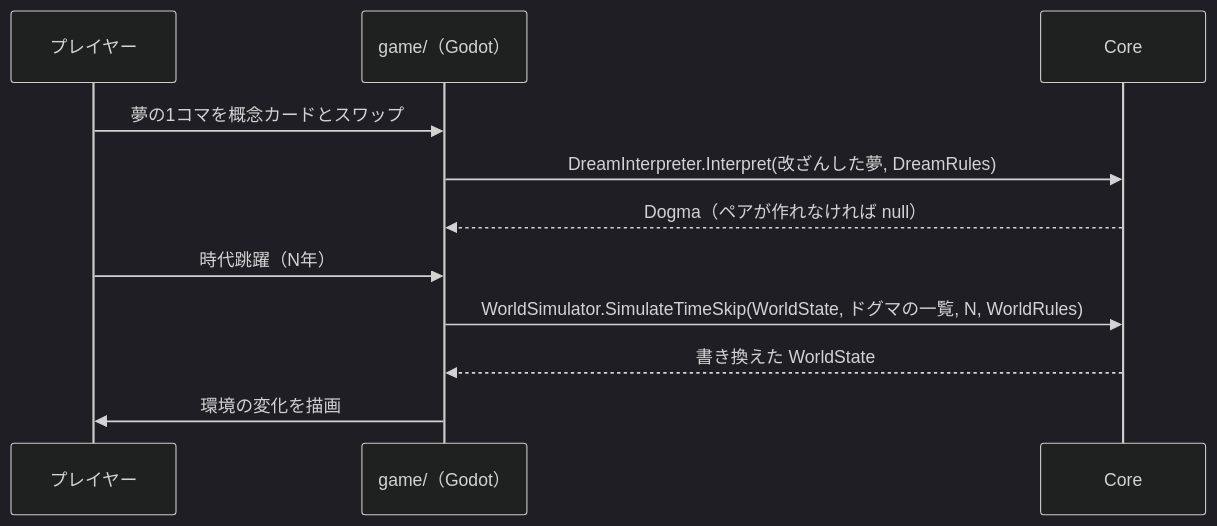
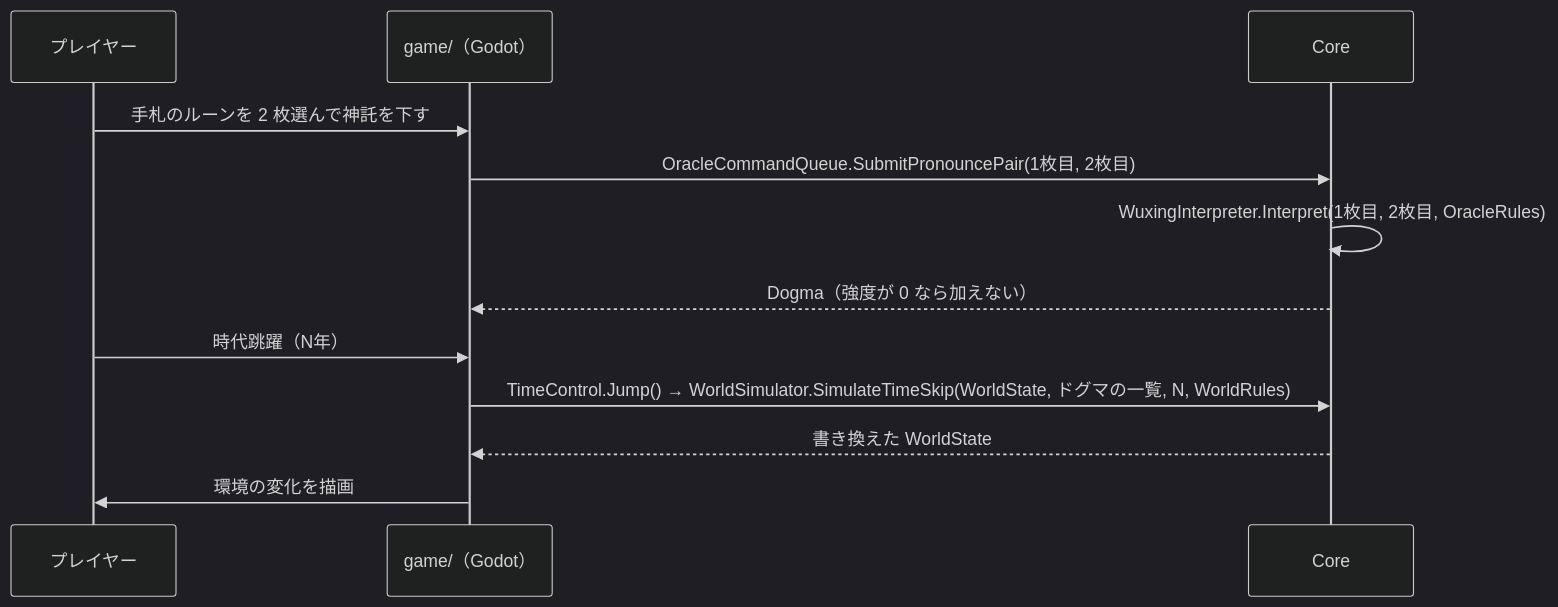
One commit to Vouivret/TheogonyX changed the second of 2 diagrams in docs/architecture.md. Above: the diagram before and after it, drawn with Mermaid (dark theme). The commit also changed other lines of this file and 6 other files, not shown here.

````diff
--- a/docs/architecture.md
+++ b/docs/architecture.md
@@ -28,13 +28,14 @@
 ```mermaid
 sequenceDiagram
     participant P as プレイヤー
     participant G as game/（Godot）
     participant C as Core
-    P->>G: 夢の1コマを概念カードとスワップ
-    G->>C: DreamInterpreter.Interpret(改ざんした夢, DreamRules)
-    C-->>G: Dogma（ペアが作れなければ null）
+    P->>G: 手札のルーンを 2 枚選んで神託を下す
+    G->>C: OracleCommandQueue.SubmitPronouncePair(1枚目, 2枚目)
+    C->>C: WuxingInterpreter.Interpret(1枚目, 2枚目, OracleRules)
+    C-->>G: Dogma（強度が 0 なら加えない）
     P->>G: 時代跳躍（N年）
-    G->>C: WorldSimulator.SimulateTimeSkip(WorldState, ドグマの一覧, N, WorldRules)
+    G->>C: TimeControl.Jump() → WorldSimulator.SimulateTimeSkip(WorldState, ドグマの一覧, N, WorldRules)
     C-->>G: 書き換えた WorldState
     G->>P: 環境の変化を描画
 ```
````
